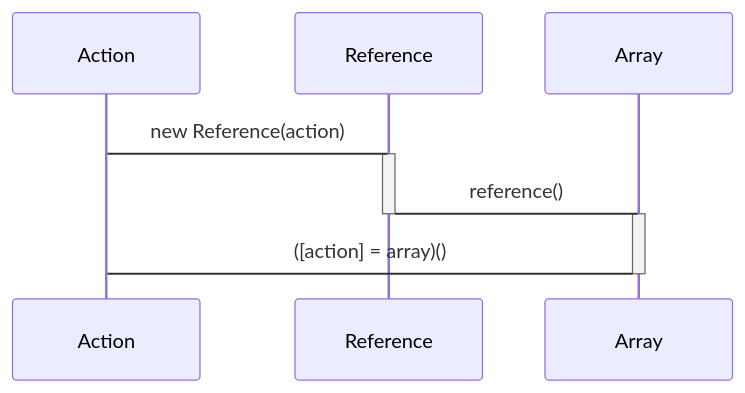
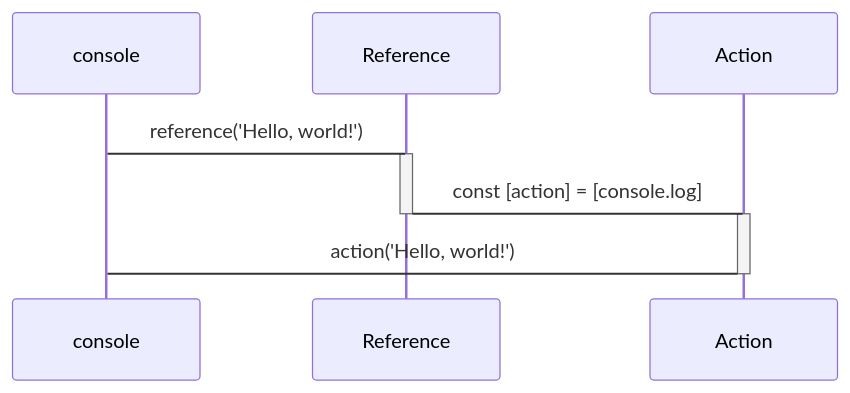
One commit to domrally/peekeasy changed the second of 4 diagrams in README.md. Above: the diagram before and after it, drawn with Mermaid. The commit also changed other lines of this file, not shown here.

````diff
--- a/README.md
+++ b/README.md
@@ -77,10 +77,10 @@
 ```mermaid
 sequenceDiagram
-    Action->Reference: new Reference(action)
+    console->Reference: reference('Hello, world!')
     activate Reference
-    Reference->Array: reference()
+    Reference->Action: const [action] = [console.log]
     deactivate Reference
-    activate Array
-    Array->Action: ([action] = array)()
-    deactivate Array
+    activate Action
+    Action->console: action('Hello, world!')
+    deactivate Action
 ```
````
